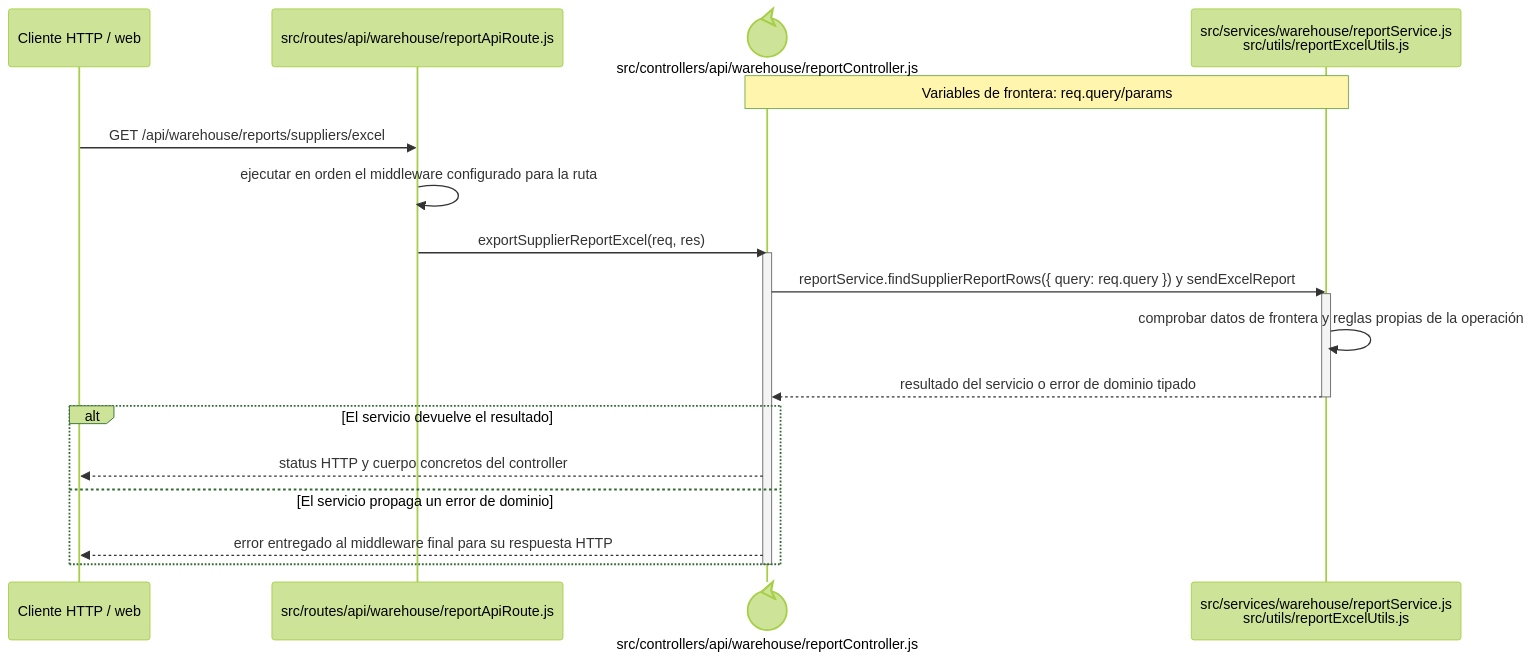
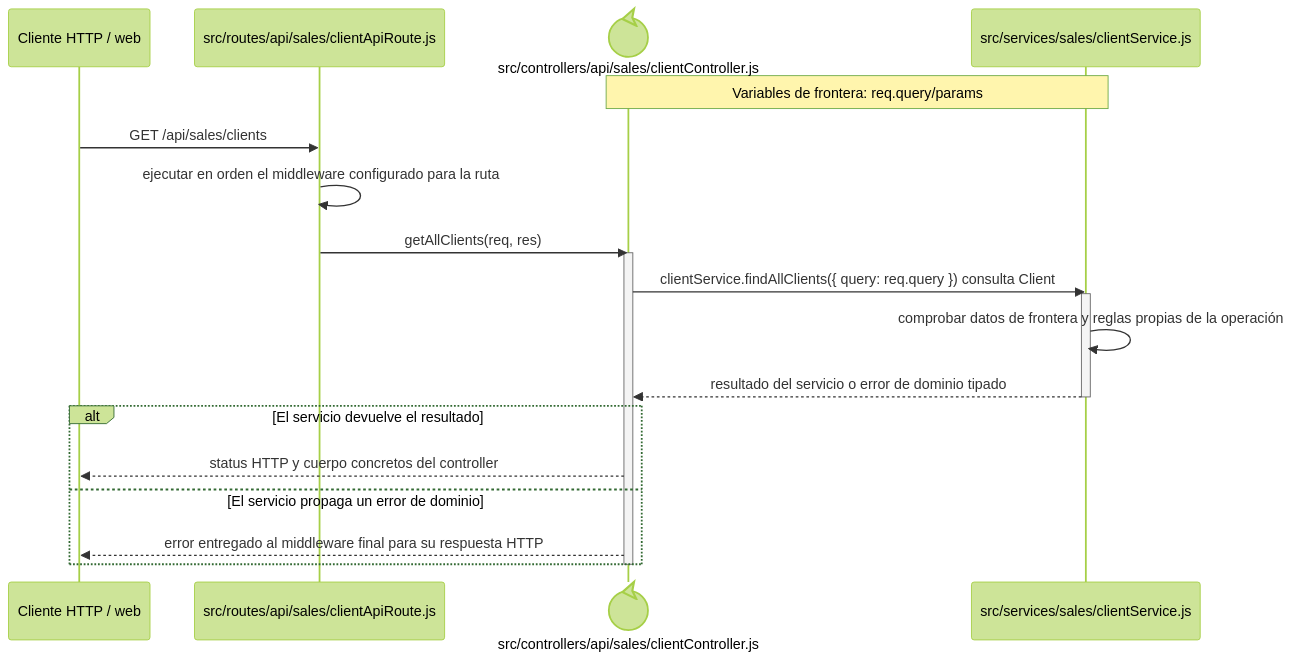
The diagram in docs/architecture/backend-code-sequences/catalogs/cu-cat-14.md (gpgsistemas01/nexus), drawn with Mermaid (forest theme) before and after one commit. The commit also changed other lines of this file and 207 other files, not shown here.

````diff
--- a/docs/architecture/backend-code-sequences/catalogs/cu-cat-14.md
+++ b/docs/architecture/backend-code-sequences/catalogs/cu-cat-14.md
@@ -6,24 +6,24 @@
 ```mermaid
 sequenceDiagram
     participant Client as Cliente HTTP / web
-    participant Route as src/routes/api/warehouse/reportApiRoute.js
-    participant Controller@{ "type": "control" } as src/controllers/api/warehouse/reportController.js
-    participant Domain as src/services/warehouse/reportService.js<br/>src/utils/reportExcelUtils.js
+    participant Route as src/routes/api/sales/clientApiRoute.js
+    participant Controller@{ "type": "control" } as src/controllers/api/sales/clientController.js
+    participant Domain as src/services/sales/clientService.js
     Note over Controller,Domain: Variables de frontera: req.query/params
 
-    Client->>Route: GET /api/warehouse/reports/suppliers/excel
+    Client->>Route: GET /api/sales/clients
     Route->>Route: ejecutar en orden el middleware configurado para la ruta
-    Route->>Controller: exportSupplierReportExcel(req, res)
+    Route->>Controller: getAllClients(req, res)
     activate Controller
-    Controller->>Domain: reportService.findSupplierReportRows({ query: req.query }) y sendExcelReport
+    Controller->>Domain: clientService.findAllClients({ query: req.query }) consulta Client
     activate Domain
     Domain->>Domain: comprobar datos de frontera y reglas propias de la operación
     Domain-->>Controller: resultado del servicio o error de dominio tipado
     deactivate Domain
     alt El servicio devuelve el resultado
         Controller-->>Client: status HTTP y cuerpo concretos del controller
     else El servicio propaga un error de dominio
         Controller-->>Client: error entregado al middleware final para su respuesta HTTP
     end
     deactivate Controller
 ```
````
